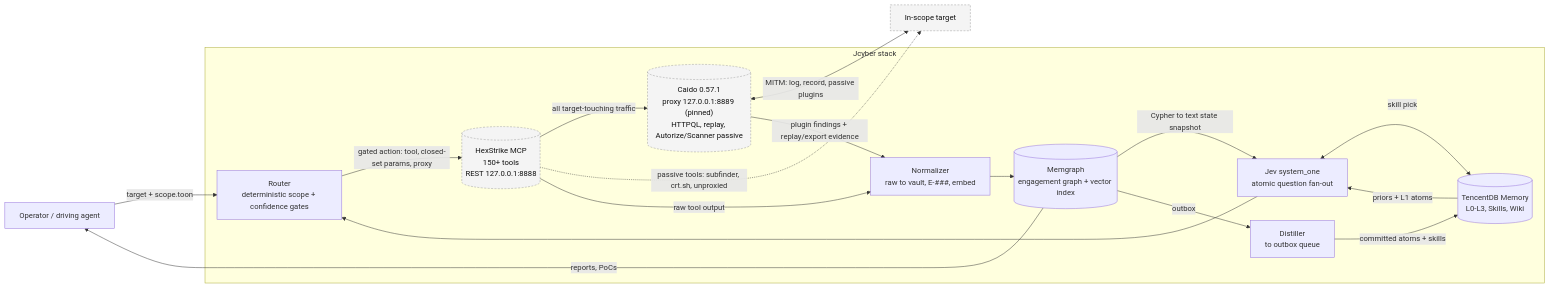
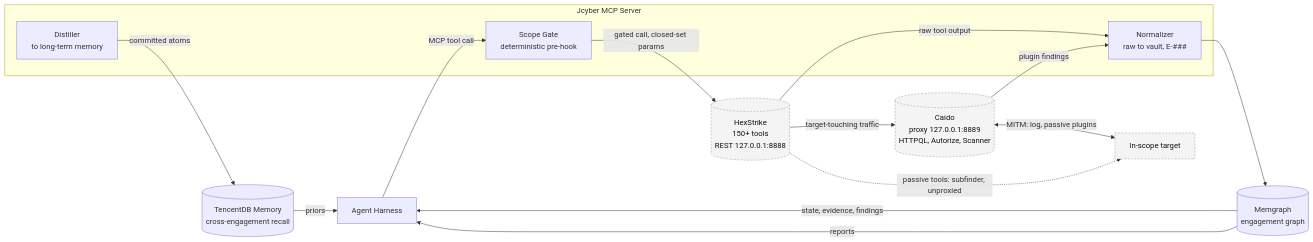
The first of 3 diagrams in docs/diagrams.md (undeemed/Jcyber), drawn with Mermaid before and after one commit. The commit also changed other lines of this file and 42 other files, not shown here.

First line of the commit message:
feat!: replace Jev classifier loop with MCP toolkit

````diff
--- a/docs/diagrams.md
+++ b/docs/diagrams.md
@@ -9,36 +8,32 @@
 ```mermaid
 flowchart LR
-  OP[Operator / driving agent]
+  OP[Agent Harness]
   TG[In-scope target]
 
-  subgraph JCYBER[Jcyber stack]
-    DEC[Jev system_one<br/>atomic question fan-out]
-    GATE[Router<br/>deterministic scope + confidence gates]
-    NORM[Normalizer<br/>raw to vault, E-###, embed]
-    LEARN[Distiller<br/>to outbox queue]
-
-    HX[("HexStrike MCP<br/>150+ tools<br/>REST 127.0.0.1:8888")]
-    CD[("Caido 0.57.1<br/>proxy 127.0.0.1:8889 (pinned)<br/>HTTPQL, replay, Autorize/Scanner passive")]
-    MG[("Memgraph<br/>engagement graph + vector index")]
-    TD[("TencentDB Memory<br/>L0-L3, Skills, Wiki")]
+  subgraph JCYBER[Jcyber MCP Server]
+    SCOPE[Scope Gate<br/>deterministic pre-hook]
+    NORM[Normalizer<br/>raw to vault, E-###]
+    LEARN[Distiller<br/>to long-term memory]
   end
 
-  OP -->|target + scope.toon| GATE
-  DEC --> GATE
-  GATE -->|"gated action: tool, closed-set params, proxy"| HX
-  HX -->|all target-touching traffic| CD
-  CD <-->|MITM: log, record, passive plugins| TG
-  HX -.->|"passive tools: subfinder, crt.sh, unproxied"| TG
+  HX[("HexStrike<br/>150+ tools<br/>REST 127.0.0.1:8888")]
+  CD[("Caido<br/>proxy 127.0.0.1:8889<br/>HTTPQL, Autorize, Scanner")]
+  MG[("Memgraph<br/>engagement graph")]
+  TD[("TencentDB Memory<br/>cross-engagement recall")]
+
+  OP -->|MCP tool call| SCOPE
+  SCOPE -->|gated call, closed-set params| HX
+  HX -->|target-touching traffic| CD
+  CD <-->|MITM: log, passive plugins| TG
+  HX -.->|passive tools: subfinder, unproxied| TG
   HX -->|raw tool output| NORM
-  CD -->|plugin findings + replay/export evidence| NORM
+  CD -->|plugin findings| NORM
   NORM --> MG
-  MG -->|Cypher to text state snapshot| DEC
-  MG -->|outbox| LEARN
-  DEC <-->|skill pick| TD
-  TD -->|priors + L1 atoms| DEC
-  LEARN -->|committed atoms + skills| TD
-  MG -->|reports, PoCs| OP
+  MG -->|state, evidence, findings| OP
+  TD -->|priors| OP
+  LEARN -->|committed atoms| TD
+  MG -->|reports| OP
 
   classDef infra fill:#f4f4f4,stroke:#999,stroke-dasharray:4 3,color:#111
   class HX,CD,TG infra
 ```
````
